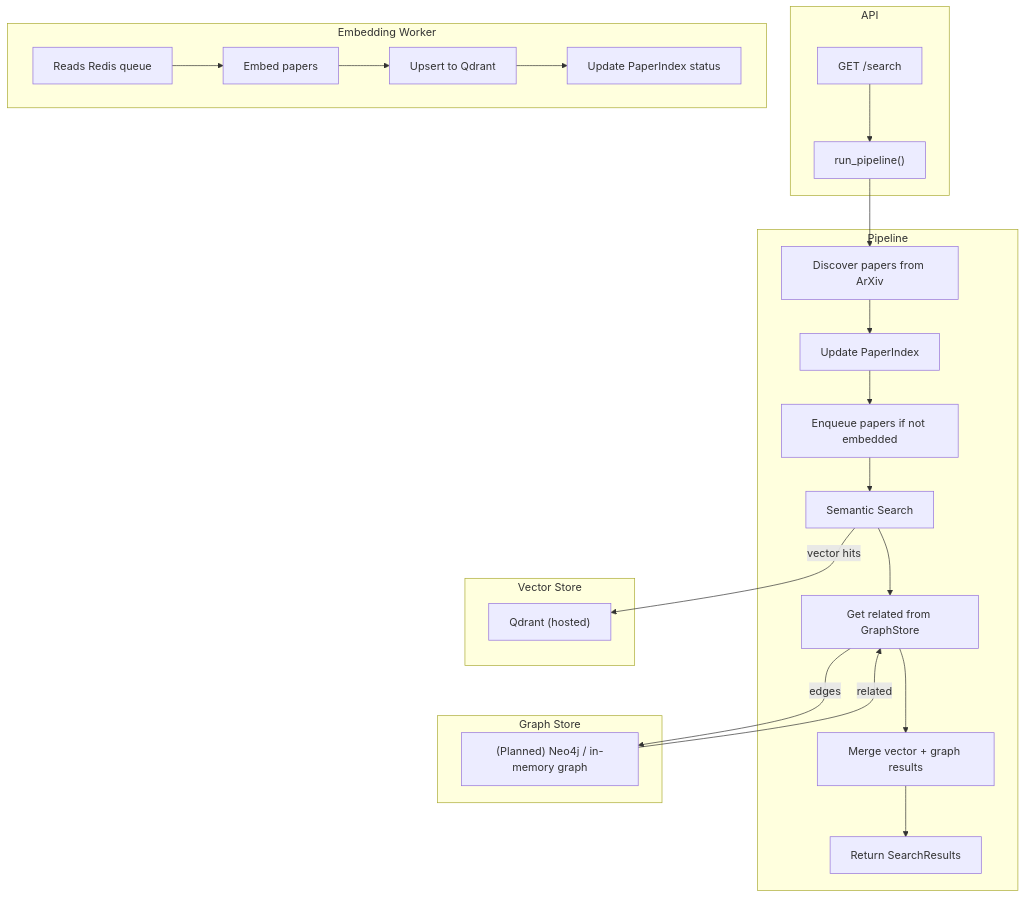
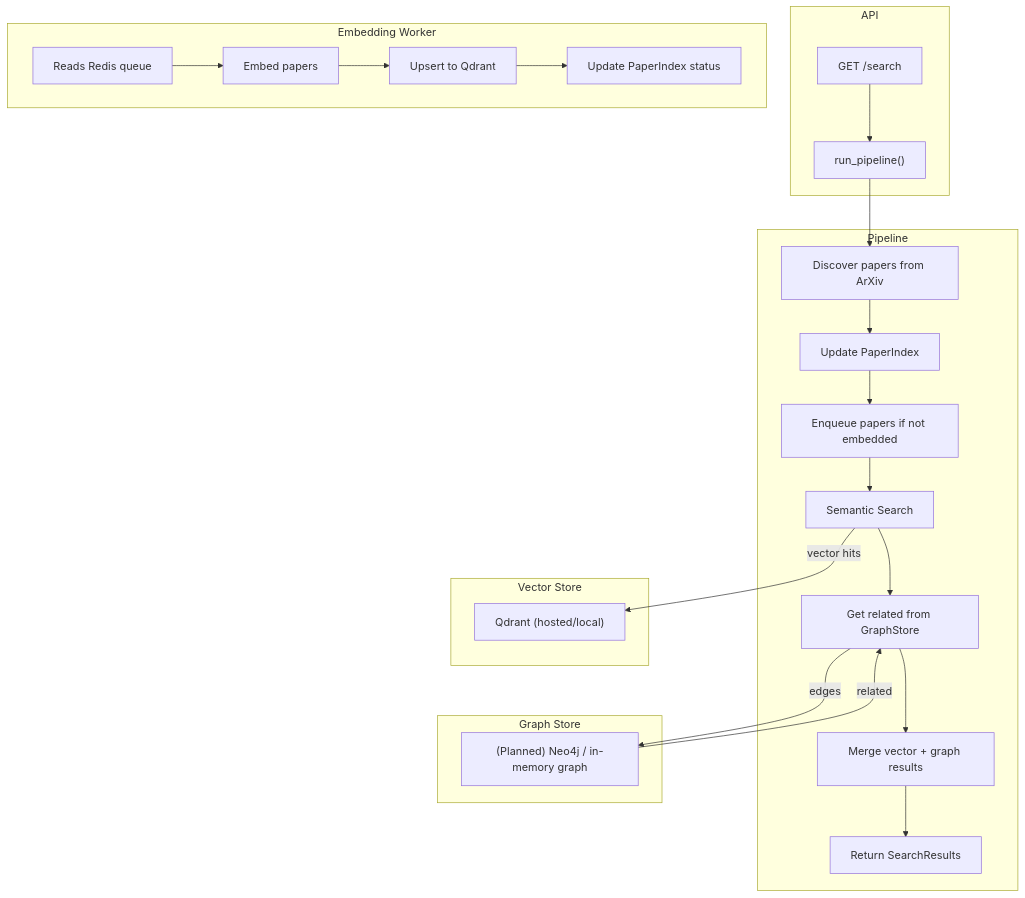
The diagram in README.md (Viibrant/graph-rag), drawn with Mermaid before and after one commit. The commit also changed other lines of this file, not shown here.

````diff
--- a/README.md
+++ b/README.md
@@ -6,35 +44,35 @@
 ```mermaid
 flowchart TD
     subgraph API
         A1[GET /search] --> P["run_pipeline()"]
     end
 
     subgraph Pipeline
         P --> F[Discover papers from ArXiv]
         F --> I[Update PaperIndex]
         I --> Q[Enqueue papers if not embedded]
         Q --> S[Semantic Search]
         S --> G[Get related from GraphStore]
         G --> M[Merge vector + graph results]
         M --> R[Return SearchResults]
     end
 
     subgraph Vector Store
-        V1["Qdrant (hosted)"]
+        V1["Qdrant (hosted/local)"]
     end
 
     subgraph Embedding Worker
         W1["Reads Redis queue"]
         W1 --> E[Embed papers]
         E --> V[Upsert to Qdrant]
         V --> U[Update PaperIndex status]
     end
 
     subgraph Graph Store
         G1["(Planned) Neo4j / in-memory graph"]
     end
 
     S -->|vector hits| V1
     G -->|edges| G1
     G1 -->|related| G
 ```
````
